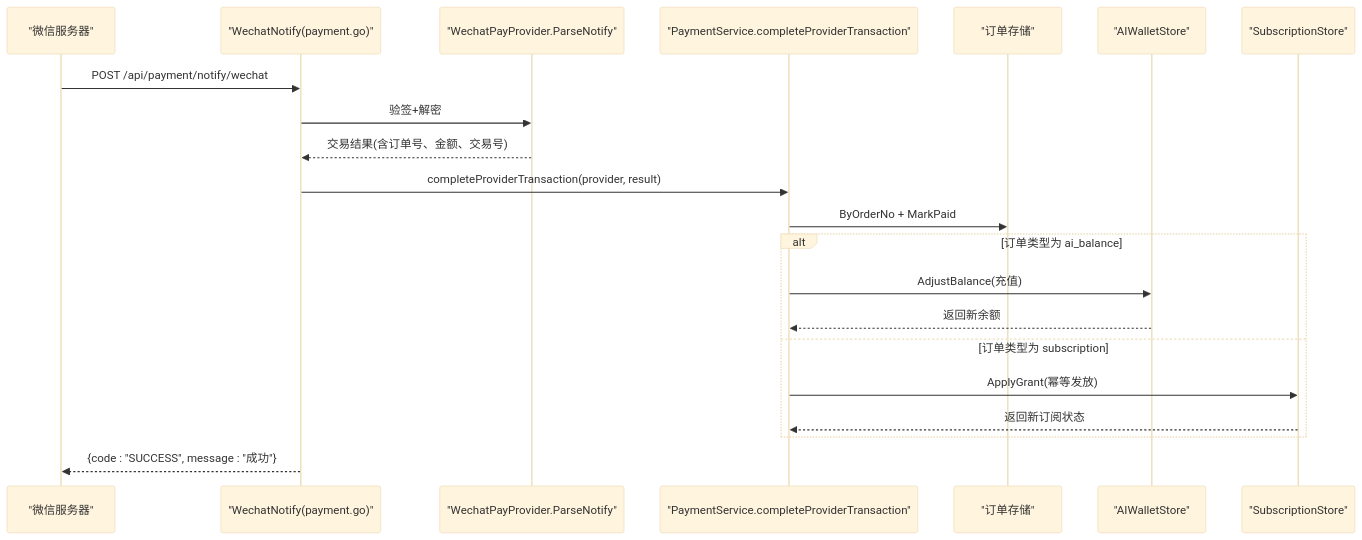
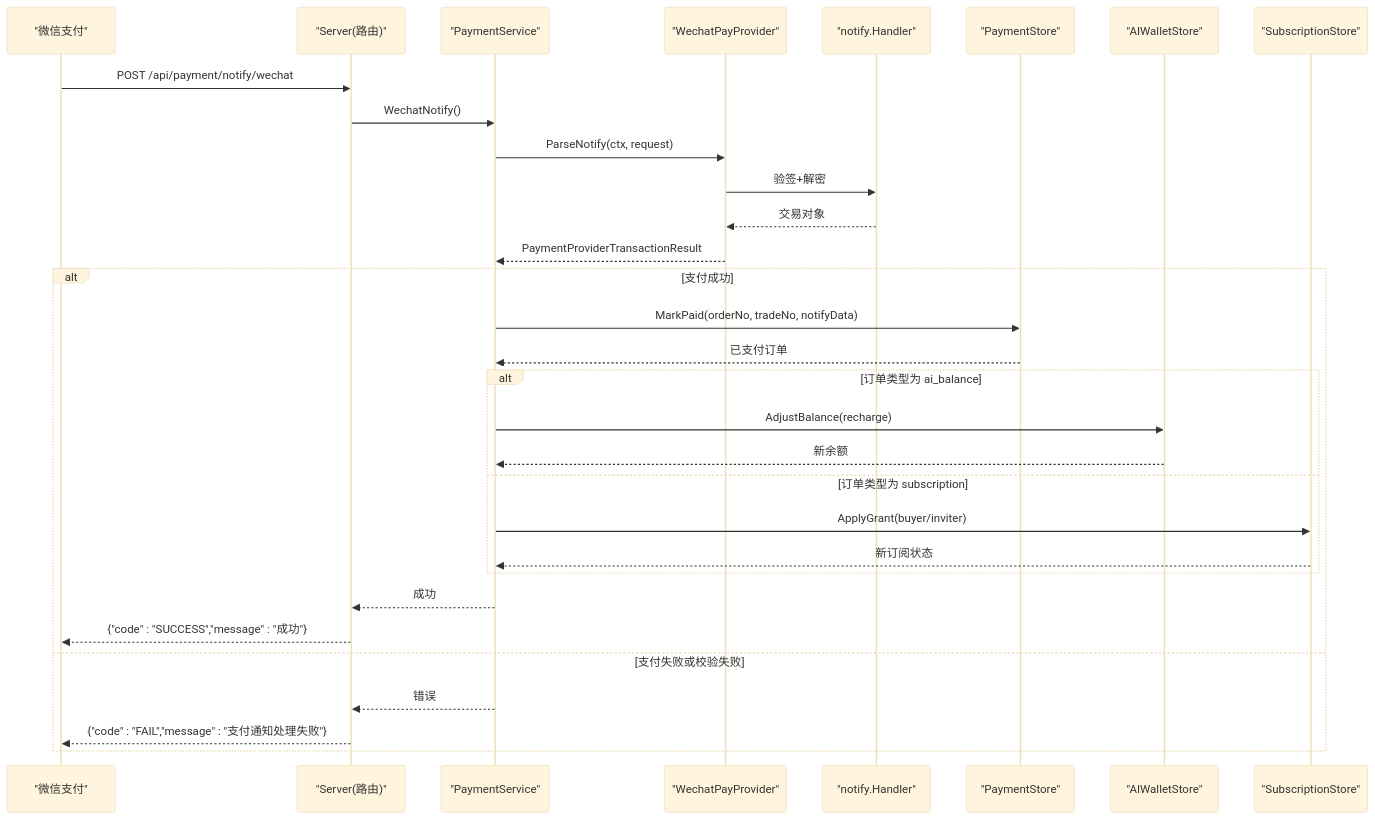
The second of 5 diagrams in .qoder/repowiki/zh/content/API接口文档/云端REST API/支付订阅API/支付回调处理.md (alvinwangzi/goodhr), drawn with Mermaid (base theme) before and after one commit. The commit also changed other lines of this file and 149 other files, not shown here.

````diff
--- a/.qoder/repowiki/zh/content/API接口文档/云端REST API/支付订阅API/支付回调处理.md
+++ b/.qoder/repowiki/zh/content/API接口文档/云端REST API/支付订阅API/支付回调处理.md
@@ -81,23 +76,33 @@
 ```mermaid
 sequenceDiagram
-participant WX as "微信服务器"
-participant API as "WechatNotify(payment.go)"
-participant WP as "WechatPayProvider.ParseNotify"
-participant PS as "PaymentService.completeProviderTransaction"
-participant DB as "订单存储"
-participant WALLET as "AIWalletStore"
-participant SUB as "SubscriptionStore"
-WX->>API : POST /api/payment/notify/wechat
-API->>WP : 验签+解密
-WP-->>API : 交易结果(含订单号、金额、交易号)
-API->>PS : completeProviderTransaction(provider, result)
-PS->>DB : ByOrderNo + MarkPaid
+participant WX as "微信支付"
+participant S as "Server(路由)"
+participant P as "PaymentService"
+participant W as "WechatPayProvider"
+participant N as "notify.Handler"
+participant DB as "PaymentStore"
+participant AW as "AIWalletStore"
+participant SS as "SubscriptionStore"
+WX->>S : POST /api/payment/notify/wechat
+S->>P : WechatNotify()
+P->>W : ParseNotify(ctx, request)
+W->>N : 验签+解密
+N-->>W : 交易对象
+W-->>P : PaymentProviderTransactionResult
+alt 支付成功
+P->>DB : MarkPaid(orderNo, tradeNo, notifyData)
+DB-->>P : 已支付订单
 alt 订单类型为 ai_balance
-PS->>WALLET : AdjustBalance(充值)
-WALLET-->>PS : 返回新余额
+P->>AW : AdjustBalance(recharge)
+AW-->>P : 新余额
 else 订单类型为 subscription
-PS->>SUB : ApplyGrant(幂等发放)
-SUB-->>PS : 返回新订阅状态
+P->>SS : ApplyGrant(buyer/inviter)
+SS-->>P : 新订阅状态
 end
-API-->>WX : {code : "SUCCESS", message : "成功"}
+P-->>S : 成功
+S-->>WX : {"code" : "SUCCESS","message" : "成功"}
+else 支付失败或校验失败
+P-->>S : 错误
+S-->>WX : {"code" : "FAIL","message" : "支付通知处理失败"}
+end
 ```
````
